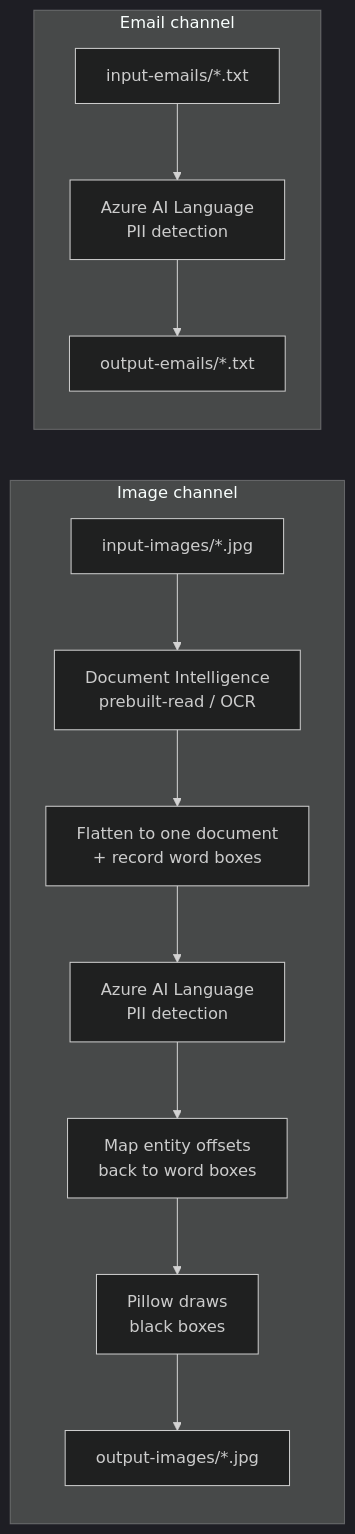
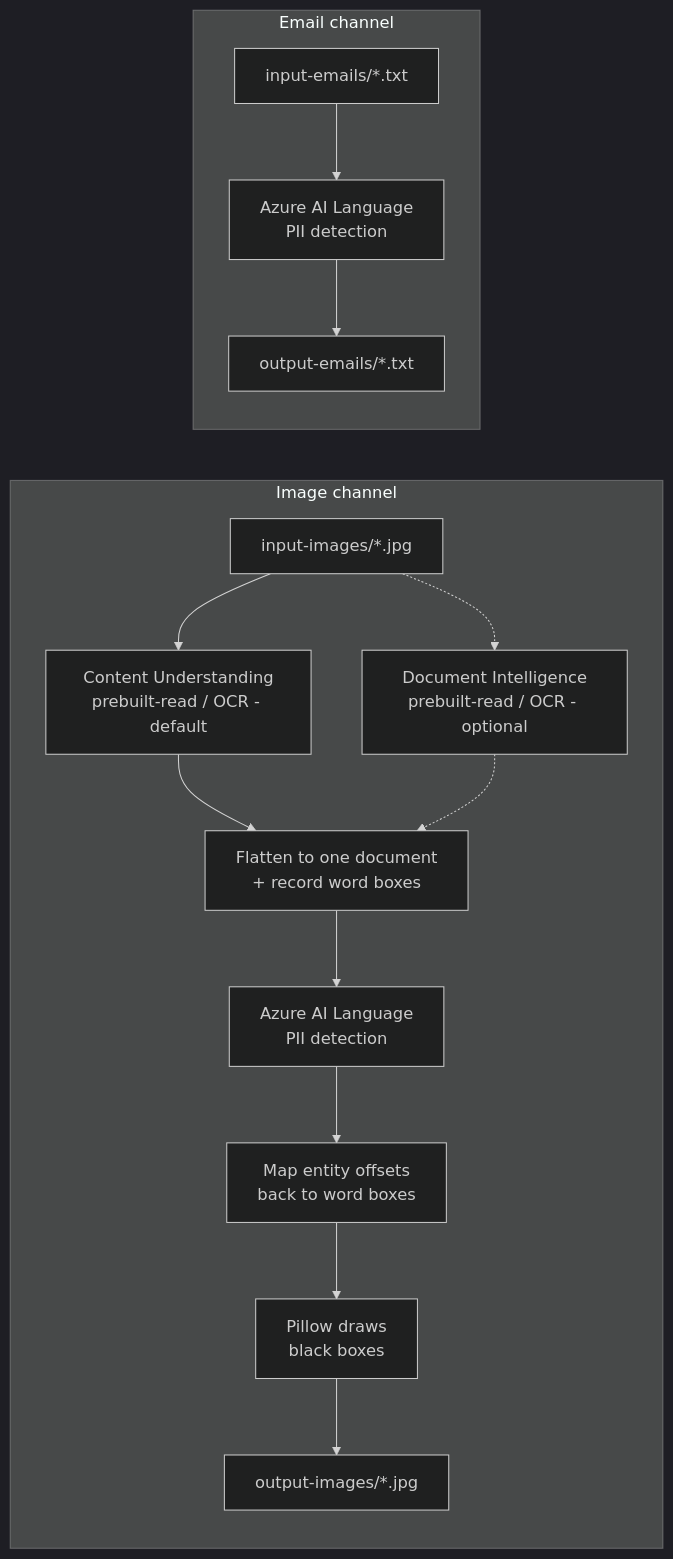
One commit to vinodpatil-ms/pii-redaction-demo changed the diagram in README.md. Above: the diagram before and after it, drawn with Mermaid (dark theme). The commit also changed other lines of this file and 15 other files, not shown here.

First line of the commit message:
Use Content Understanding OCR with dedicated Azure infrastructure

````diff
--- a/README.md
+++ b/README.md
@@ -30,15 +31,17 @@
 ```mermaid
 flowchart LR
     subgraph images ["Image channel"]
-        A[input-images/*.jpg] --> B[Document Intelligence<br/>prebuilt-read / OCR]
+        A[input-images/*.jpg] --> B[Content Understanding<br/>prebuilt-read / OCR - default]
+        A -.-> B2[Document Intelligence<br/>prebuilt-read / OCR - optional]
         B --> C[Flatten to one document<br/>+ record word boxes]
+        B2 -.-> C
         C --> D[Azure AI Language<br/>PII detection]
         D --> E[Map entity offsets<br/>back to word boxes]
         E --> F[Pillow draws<br/>black boxes]
         F --> G[output-images/*.jpg]
     end
     subgraph emails ["Email channel"]
         H[input-emails/*.txt] --> I[Azure AI Language<br/>PII detection]
         I --> J[output-emails/*.txt]
     end
 ```
````
